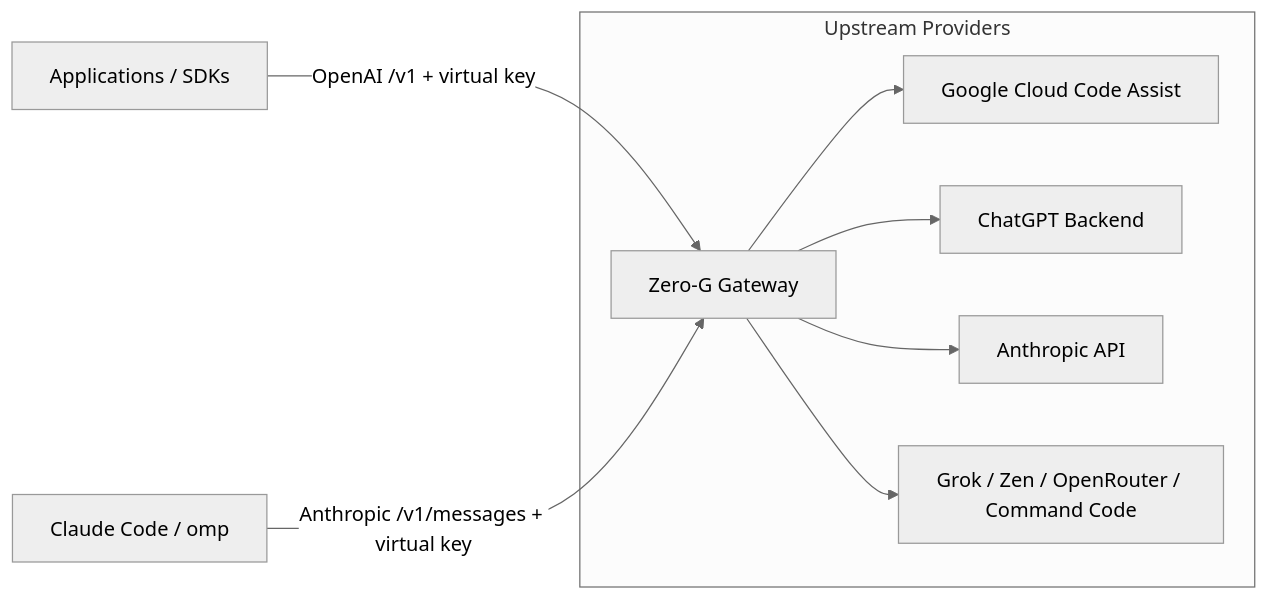
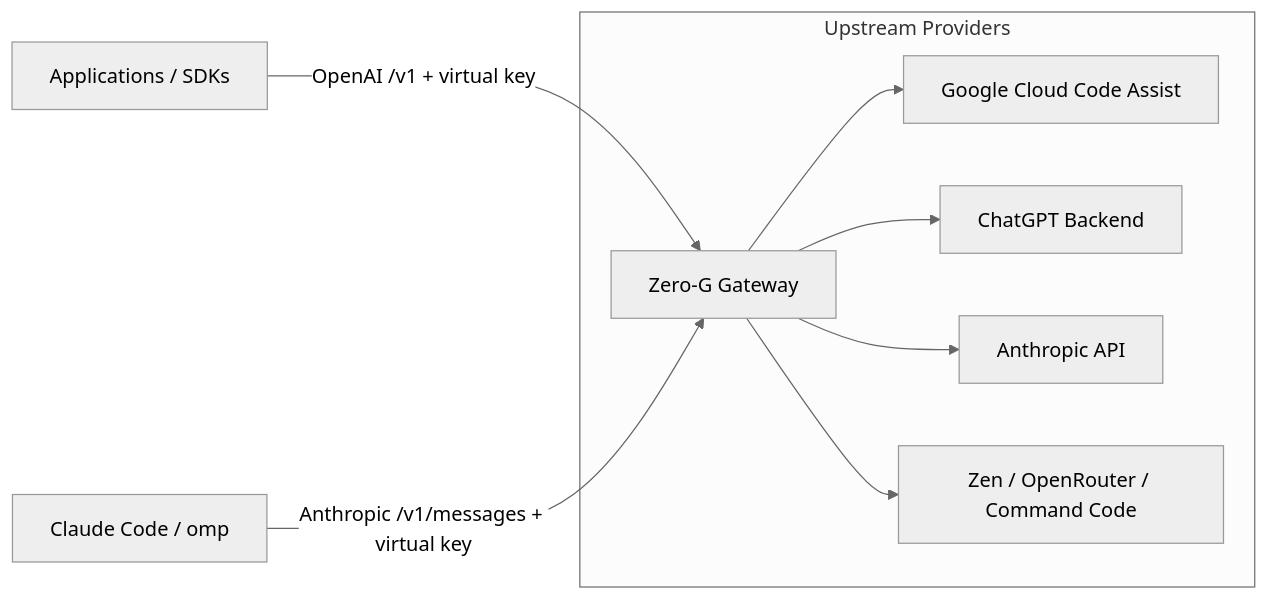
One commit to Delnegend/zero-g changed the diagram in docs/gateways.md. Above: the diagram before and after it, drawn with Mermaid (neutral theme). The commit also changed 25 other files, not shown here.

````diff
--- a/docs/gateways.md
+++ b/docs/gateways.md
@@ -7,12 +7,12 @@
 ```mermaid
 flowchart LR
     Apps[Applications / SDKs] -->|OpenAI /v1 + virtual key| ZeroG[Zero-G Gateway]
     Agents[Claude Code / omp] -->|Anthropic /v1/messages + virtual key| ZeroG
 
     subgraph Upstreams [Upstream Providers]
         ZeroG --> AGY[Google Cloud Code Assist]
         ZeroG --> Codex[ChatGPT Backend]
         ZeroG --> Claude[Anthropic API]
-        ZeroG --> Others[Grok / Zen / OpenRouter / Command Code]
+        ZeroG --> Others[Zen / OpenRouter / Command Code]
     end
 ```
````
